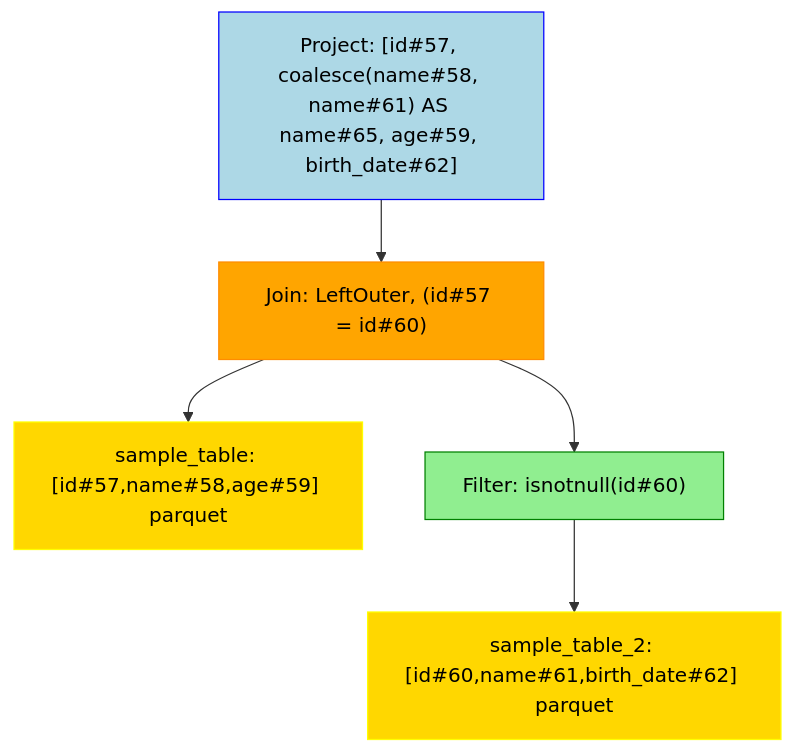
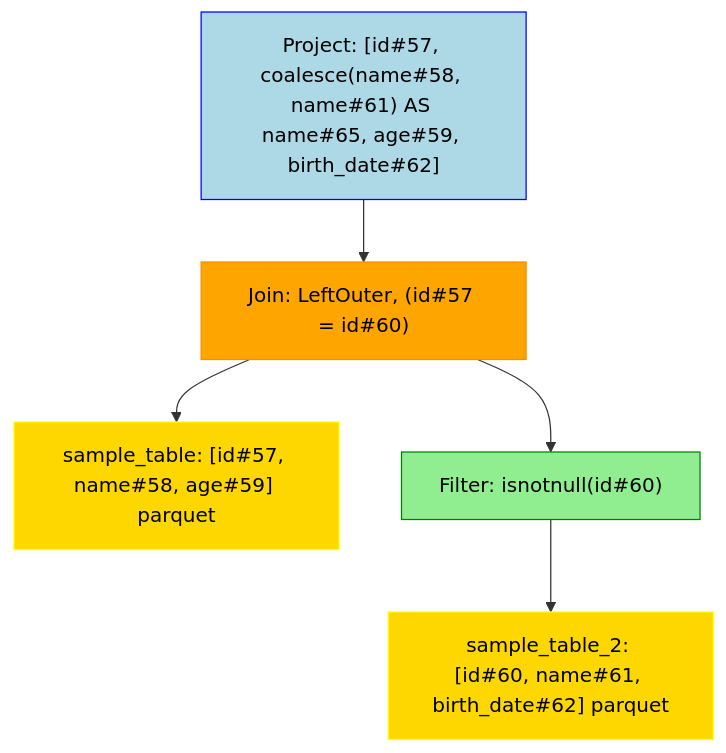
One commit to NielkNetraam/explainalyzed changed the diagram in data/visualization/join_left.mmd. Above: the diagram before and after it, drawn with Mermaid. The commit also changed 24 other files, not shown here.

```diff
--- a/data/visualization/join_left.mmd
+++ b/data/visualization/join_left.mmd
@@ -1,18 +1,18 @@
 flowchart TD
     classDef PROJECT stroke:Blue,fill:LightBlue,color:black
     classDef FILTER stroke:Green,fill:LightGreen,color:black
     classDef UNION stroke:Purple,fill:Violet,color:black
     classDef JOIN stroke:DarkOrange,fill:Orange,color:black
     classDef RELATION stroke:Yellow,fill:Gold,color:black
     classDef AGGREGATE stroke:Brown,fill:Chocolate,color:black
 
     Project#1["Project: [id#57, coalesce(name#58, name#61) AS name#65, age#59, birth_date#62]"]:::PROJECT
     Join#11["Join: LeftOuter, (id#57 = id#60)"]:::JOIN
-    Relation#111["sample_table: [id#57,name#58,age#59] parquet"]:::RELATION
+    Relation#111["sample_table: [id#57, name#58, age#59] parquet"]:::RELATION
     Filter#112["Filter: isnotnull(id#60)"]:::FILTER
-    Relation#1121["sample_table_2: [id#60,name#61,birth_date#62] parquet"]:::RELATION
+    Relation#1121["sample_table_2: [id#60, name#61, birth_date#62] parquet"]:::RELATION
 
     Project#1 --> Join#11
         Join#11 --> Relation#111
         Join#11 --> Filter#112
             Filter#112 --> Relation#1121
```
